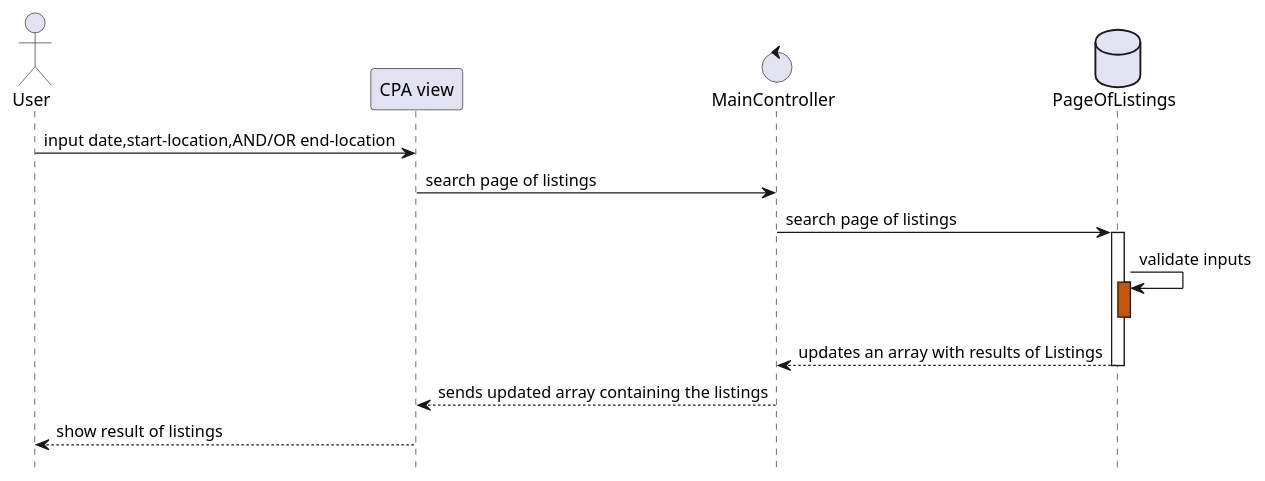
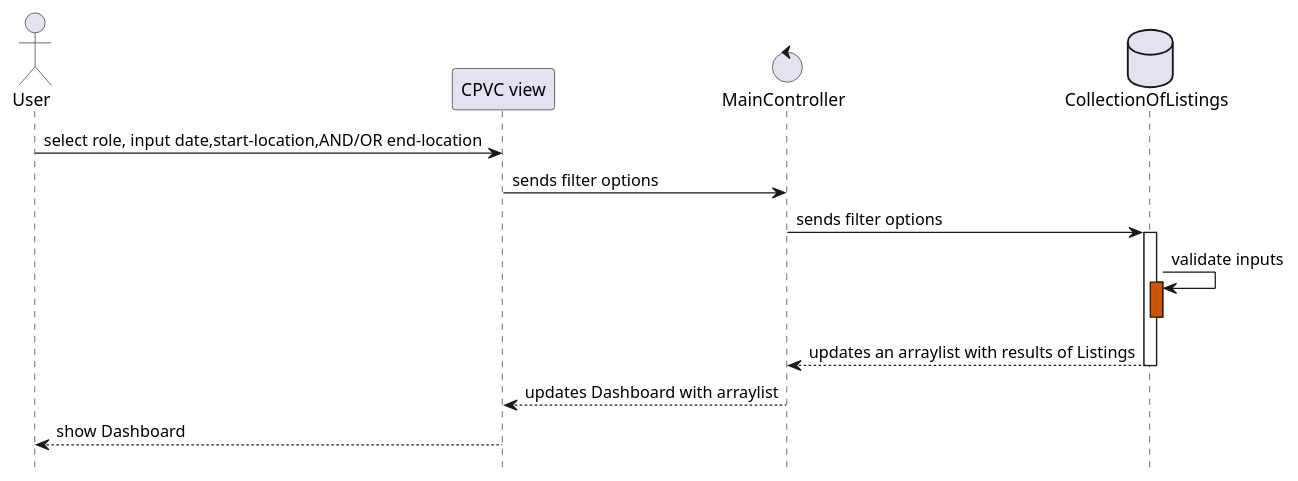
One commit to PriyaMulla/Carpool-Connect-VC changed the fourth of 7 diagrams in intellij/doc/design.md. Above: the diagram before and after it, drawn with PlantUML. The commit also changed other lines of this file and 7 other files, not shown here.

````diff
--- a/intellij/doc/design.md
+++ b/intellij/doc/design.md
@@ -125,30 +128,30 @@
 ```plantuml
 @startuml
 hide footbox
 
 'ACTORS
 actor "User" as user
-participant "CPA view" as system
+participant "CPVC view" as system
 control "MainController" as controller
-database "PageOfListings" as ldatabase
+database "CollectionOfListings" as ldatabase
 
 'ACTIONS
-user -> system : input date,start-location,AND/OR end-location 
-system -> controller : search page of listings
-controller -> ldatabase : search page of listings
+user -> system : select role, input date,start-location,AND/OR end-location 
+system -> controller : sends filter options
+controller -> ldatabase : sends filter options
 
 
 activate ldatabase
 
 ldatabase -> ldatabase : validate inputs
 activate ldatabase #CC5500
 
 deactivate ldatabase
-ldatabase --> controller : updates an array with results of Listings
+ldatabase --> controller : updates an arraylist with results of Listings
 deactivate ldatabase
 
-controller --> system : sends updated array containing the listings
-system --> user : show result of listings
+controller --> system : updates Dashboard with arraylist
+system --> user : show Dashboard
 
 @enduml
 ```
````
